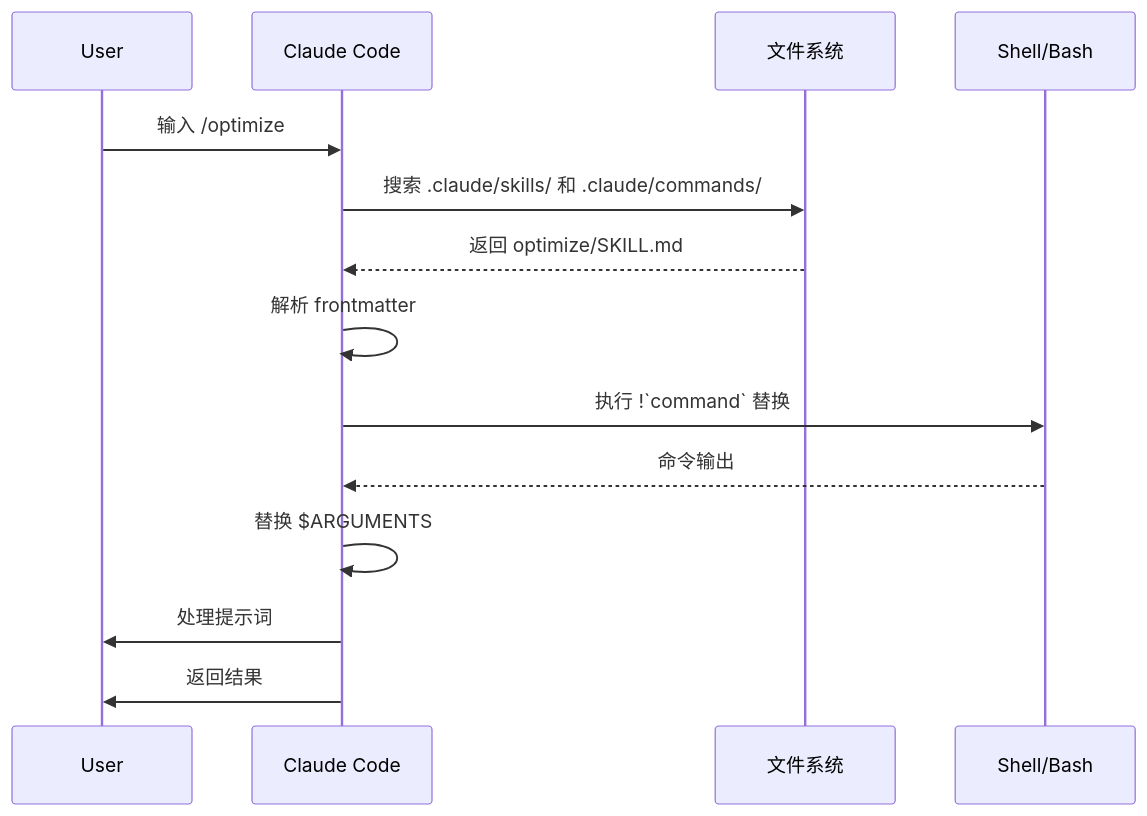
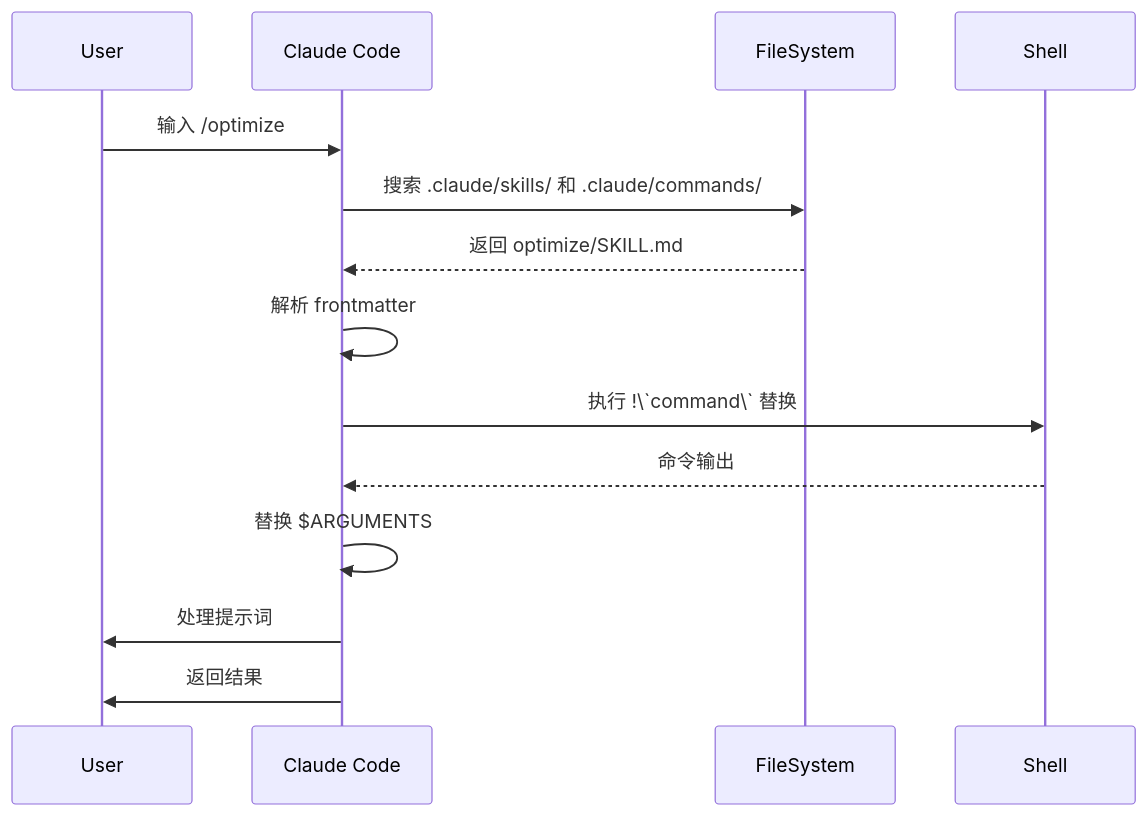
The second of 2 diagrams in 01-slash-commands/README.md (Rx782-Fss/claude-howto-zh), drawn with Mermaid before and after one commit. The commit also changed 4 other files, not shown here.

Commit message:
fix: sequenceDiagram participant as 中文别名改为英文避免 GitHub 渲染失败

````diff
--- a/01-slash-commands/README.md
+++ b/01-slash-commands/README.md
@@ -315,17 +315,17 @@
 ```mermaid
 sequenceDiagram
     participant User
     participant Claude as Claude Code
-    participant FS as 文件系统
-    participant CLI as Shell/Bash
+    participant FS as FileSystem
+    participant CLI as Shell
 
     User->>Claude: 输入 /optimize
     Claude->>FS: 搜索 .claude/skills/ 和 .claude/commands/
     FS-->>Claude: 返回 optimize/SKILL.md
     Claude->>Claude: 解析 frontmatter
-    Claude->>CLI: 执行 !`command` 替换
+    Claude->>CLI: 执行 !\`command\` 替换
     CLI-->>Claude: 命令输出
     Claude->>Claude: 替换 $ARGUMENTS
     Claude->>User: 处理提示词
     Claude->>User: 返回结果
 ```
````
